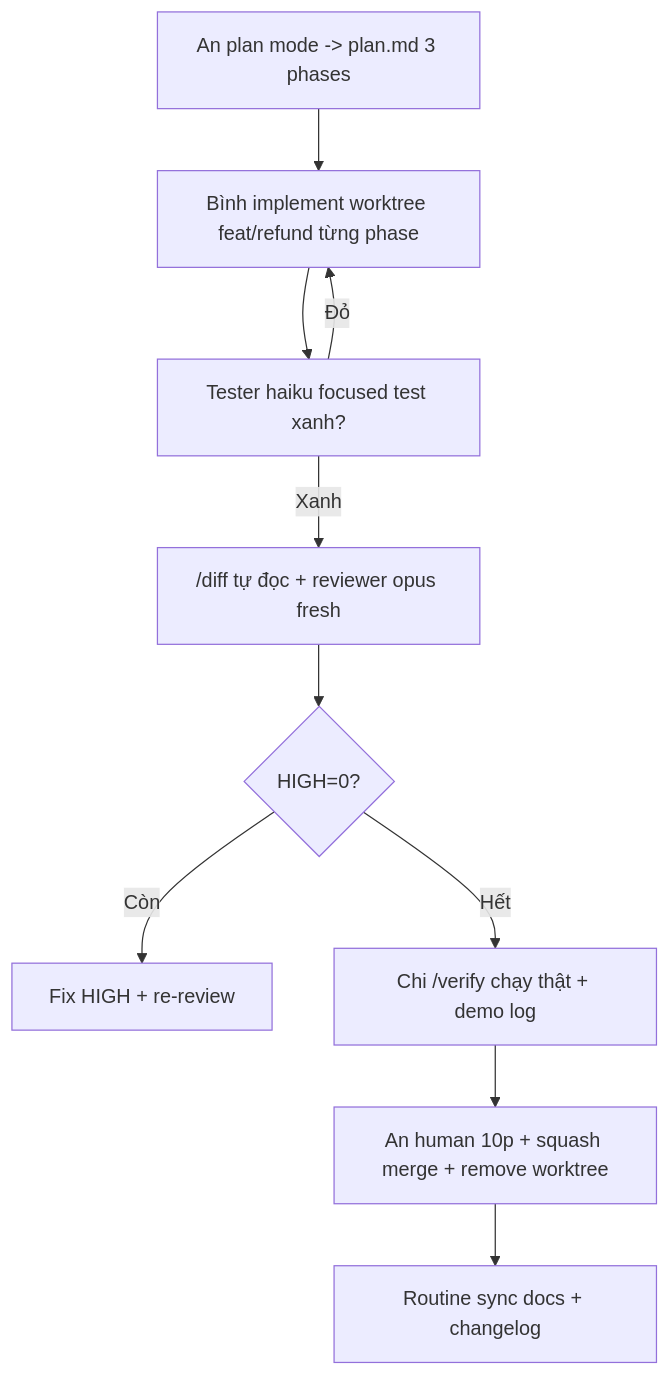
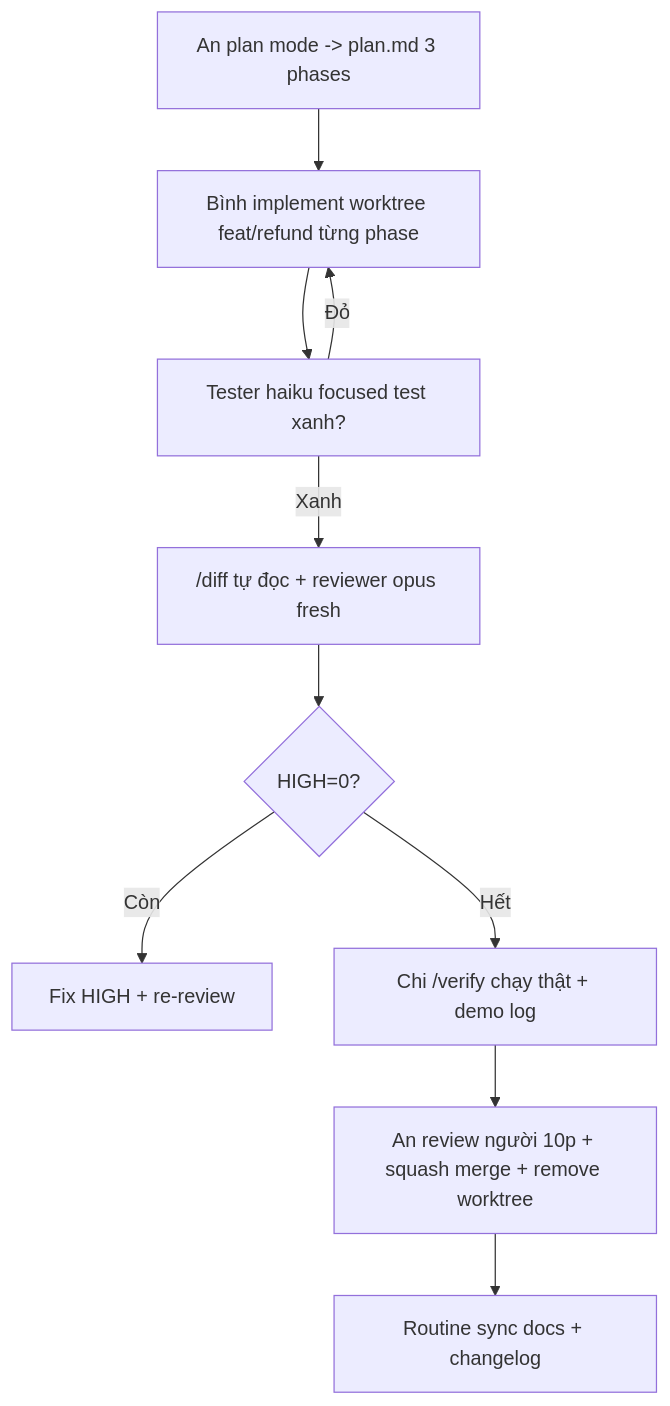
Before and after one commit to nbhson/tutorial-claude-code: the diagram in 02-tips-thuc-chien/09-teamwork-chuan-hoa.md, drawn with Mermaid. The commit also changed other lines of this file and 127 other files, not shown here.

````diff
--- a/02-tips-thuc-chien/09-teamwork-chuan-hoa.md
+++ b/02-tips-thuc-chien/09-teamwork-chuan-hoa.md
@@ -376,12 +415,12 @@
 ```mermaid
 flowchart TD
     A[An plan mode -> plan.md 3 phases] --> B[Bình implement worktree feat/refund từng phase]
     B --> C[Tester haiku focused test xanh?]
     C -->|Đỏ| B
     C -->|Xanh| D["/diff tự đọc + reviewer opus fresh"]
     D --> E{HIGH=0?}
     E -->|Còn| F[Fix HIGH + re-review]
     E -->|Hết| G["Chi /verify chạy thật + demo log"]
-    G --> H[An human 10p + squash merge + remove worktree]
+    G --> H[An review người 10p + squash merge + remove worktree]
     H --> I[Routine sync docs + changelog]
 ```
````
